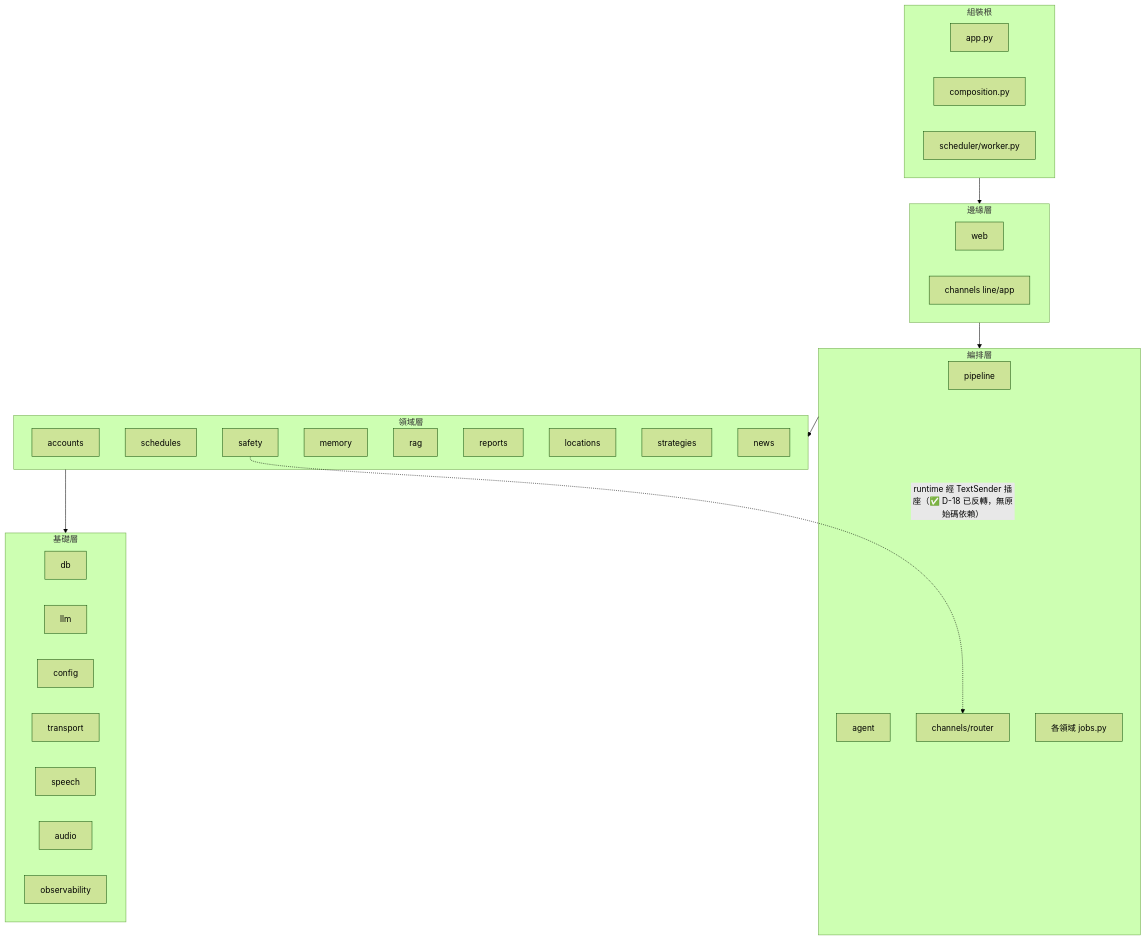
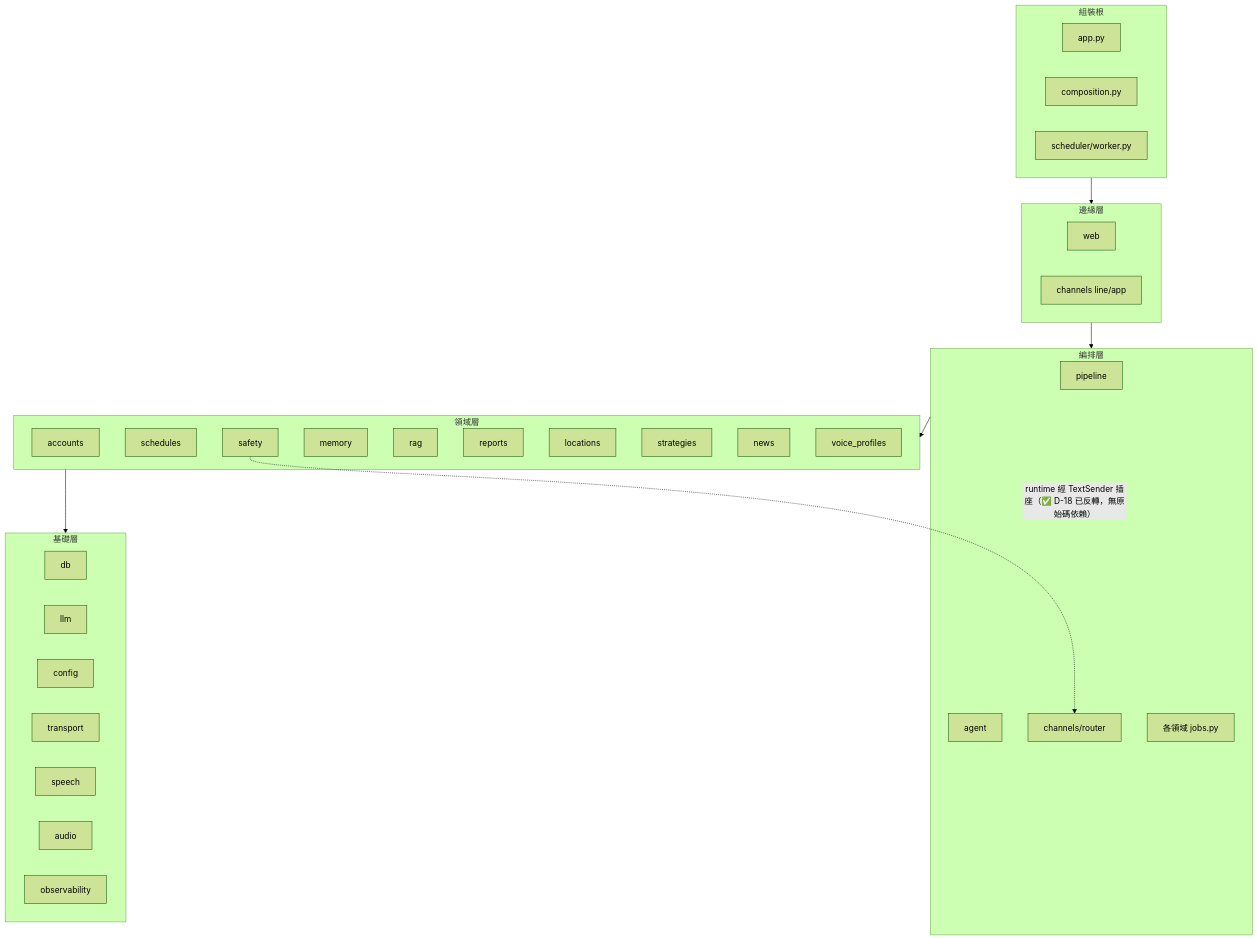
One commit to leo53021313/kinsun changed the diagram in docs/dev/09_模組依賴關係.md. Above: the diagram before and after it, drawn with Mermaid (forest theme). The commit also changed other lines of this file and 20 other files, not shown here.

First line of the commit message:
feat(speech): 新增長輩客製化聲音複製（voice_profiles）雛型

````diff
--- a/docs/dev/09_模組依賴關係.md
+++ b/docs/dev/09_模組依賴關係.md
@@ -19,20 +19,20 @@
 ```mermaid
 graph TD
     subgraph 組裝根
         APP[app.py] & COMP[composition.py] & WORKER[scheduler/worker.py]
     end
     subgraph 邊緣層
         WEB[web] & CH[channels line/app]
     end
     subgraph 編排層
         PIPE[pipeline] & AGENT[agent] & ROUTER[channels/router] & JOBS[各領域 jobs.py]
     end
     subgraph 領域層
-        ACC[accounts] & SCHED[schedules] & SAFE[safety] & MEM[memory] & RAG[rag] & REP[reports] & LOC[locations] & STRAT[strategies] & NEWS[news]
+        ACC[accounts] & SCHED[schedules] & SAFE[safety] & MEM[memory] & RAG[rag] & REP[reports] & LOC[locations] & STRAT[strategies] & NEWS[news] & VOICE[voice_profiles]
     end
     subgraph 基礎層
         DB[db] & LLM[llm] & CFG[config] & TR[transport] & SP[speech] & AU[audio] & OBS[observability]
     end
     組裝根 --> 邊緣層 --> 編排層 --> 領域層 --> 基礎層
     SAFE -. "runtime 經 TextSender 插座（✅ D-18 已反轉，無原始碼依賴）" .-> ROUTER
 ```
````
